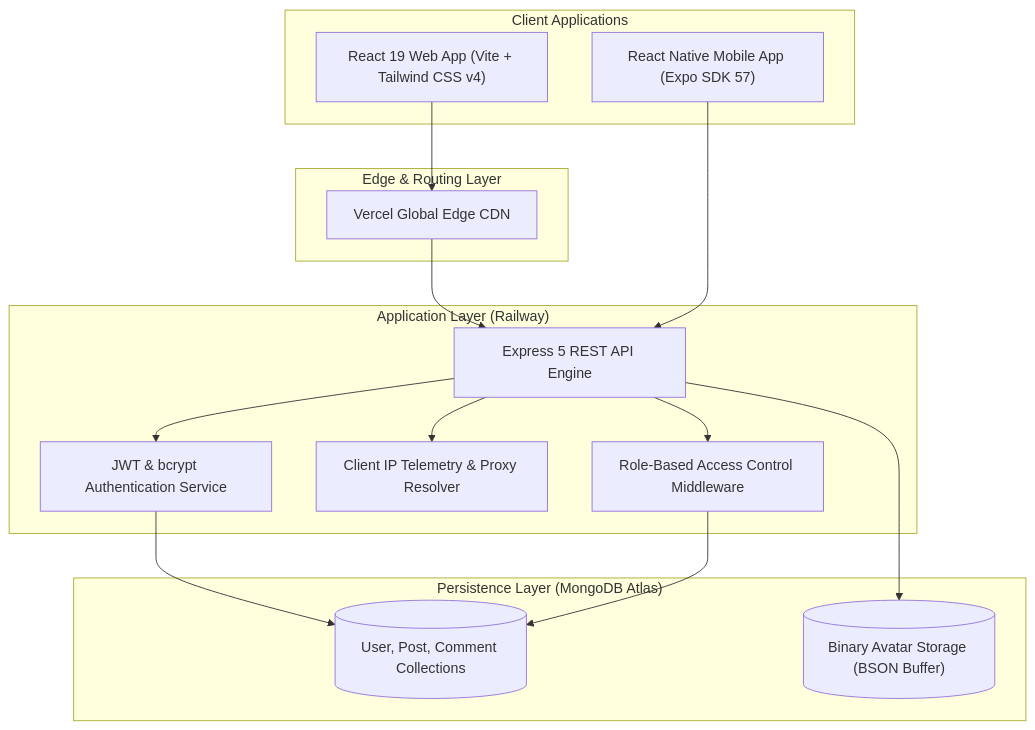
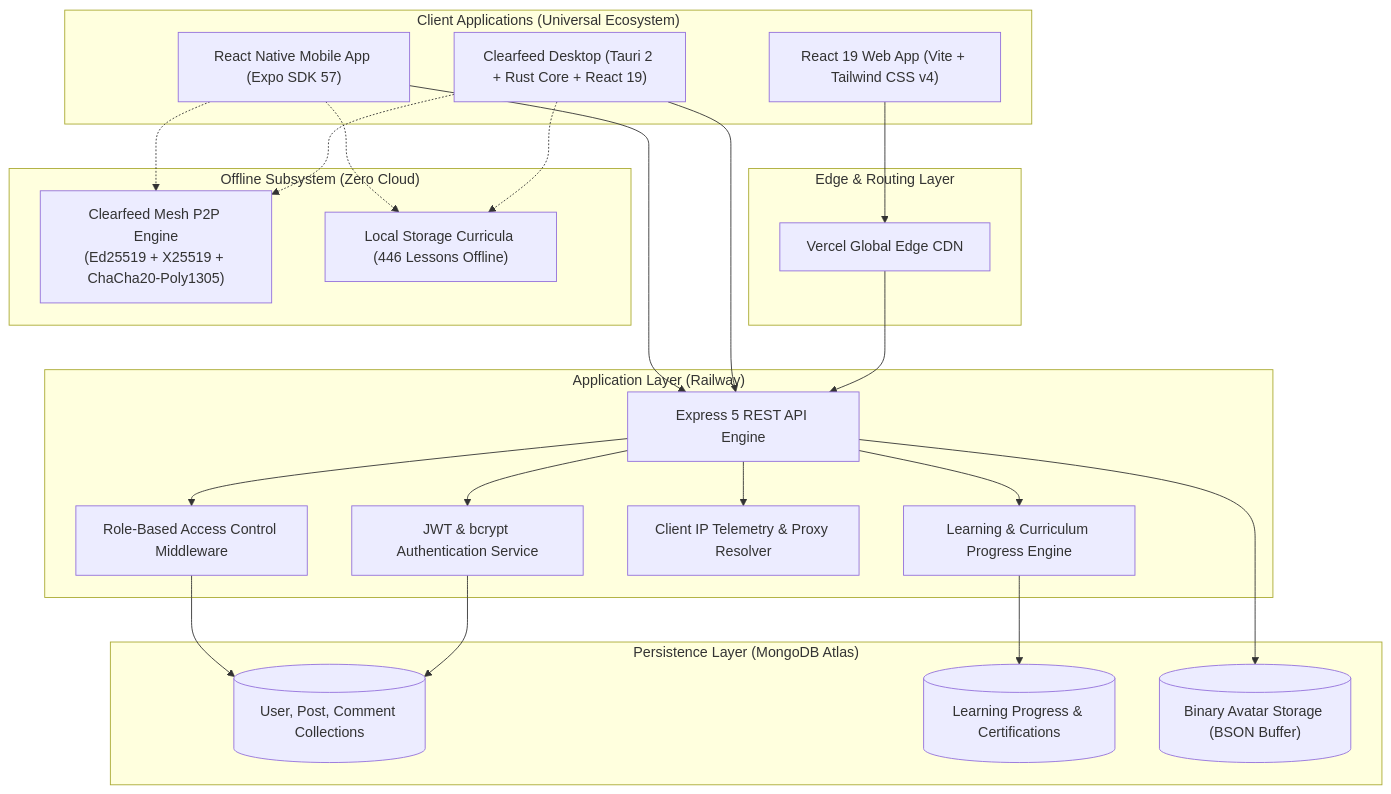
The first of 2 diagrams in README.md (Nasir-Yousuf/social-media-application), drawn with Mermaid before and after one commit. The commit also changed other lines of this file and 202 other files, not shown here.

Commit message:
feat: synchronize 15 learning tracks (446 lessons) across mobile, desktop, and web, eliminate repeated placeholder lessons, add desktop LearnView, and update documentation

````diff
--- a/README.md
+++ b/README.md
@@ -55,32 +64,47 @@
 ```mermaid
 graph TD
-    subgraph Clients ["Client Applications"]
+    subgraph Clients ["Client Applications (Universal Ecosystem)"]
         WEB["React 19 Web App (Vite + Tailwind CSS v4)"]
+        DESKTOP["Clearfeed Desktop (Tauri 2 + Rust Core + React 19)"]
         MOBILE["React Native Mobile App (Expo SDK 57)"]
     end
 
     subgraph CDN ["Edge & Routing Layer"]
         VERCEL["Vercel Global Edge CDN"]
     end
 
     subgraph Backend ["Application Layer (Railway)"]
         EXPRESS["Express 5 REST API Engine"]
         AUTH["JWT & bcrypt Authentication Service"]
+        LEARN["Learning & Curriculum Progress Engine"]
         IP["Client IP Telemetry & Proxy Resolver"]
         RBAC["Role-Based Access Control Middleware"]
     end
 
+    subgraph OfflineSubsystem ["Offline Subsystem (Zero Cloud)"]
+        MESH["Clearfeed Mesh P2P Engine\n(Ed25519 + X25519 + ChaCha20-Poly1305)"]
+        OFFLINE_DATA["Local Storage Curricula (446 Lessons Offline)"]
+    end
+
     subgraph DataLayer ["Persistence Layer (MongoDB Atlas)"]
         MONGO_DOCS[("User, Post, Comment Collections")]
+        MONGO_LEARN[("Learning Progress & Certifications")]
         MONGO_BIN[("Binary Avatar Storage (BSON Buffer)")]
     end
 
     WEB --> VERCEL --> EXPRESS
+    DESKTOP --> EXPRESS
     MOBILE --> EXPRESS
+    DESKTOP -.-> MESH
+    MOBILE -.-> MESH
+    DESKTOP -.-> OFFLINE_DATA
+    MOBILE -.-> OFFLINE_DATA
     EXPRESS --> AUTH
+    EXPRESS --> LEARN
     EXPRESS --> IP
     EXPRESS --> RBAC
     AUTH --> MONGO_DOCS
+    LEARN --> MONGO_LEARN
     RBAC --> MONGO_DOCS
     EXPRESS --> MONGO_BIN
 ```
````
